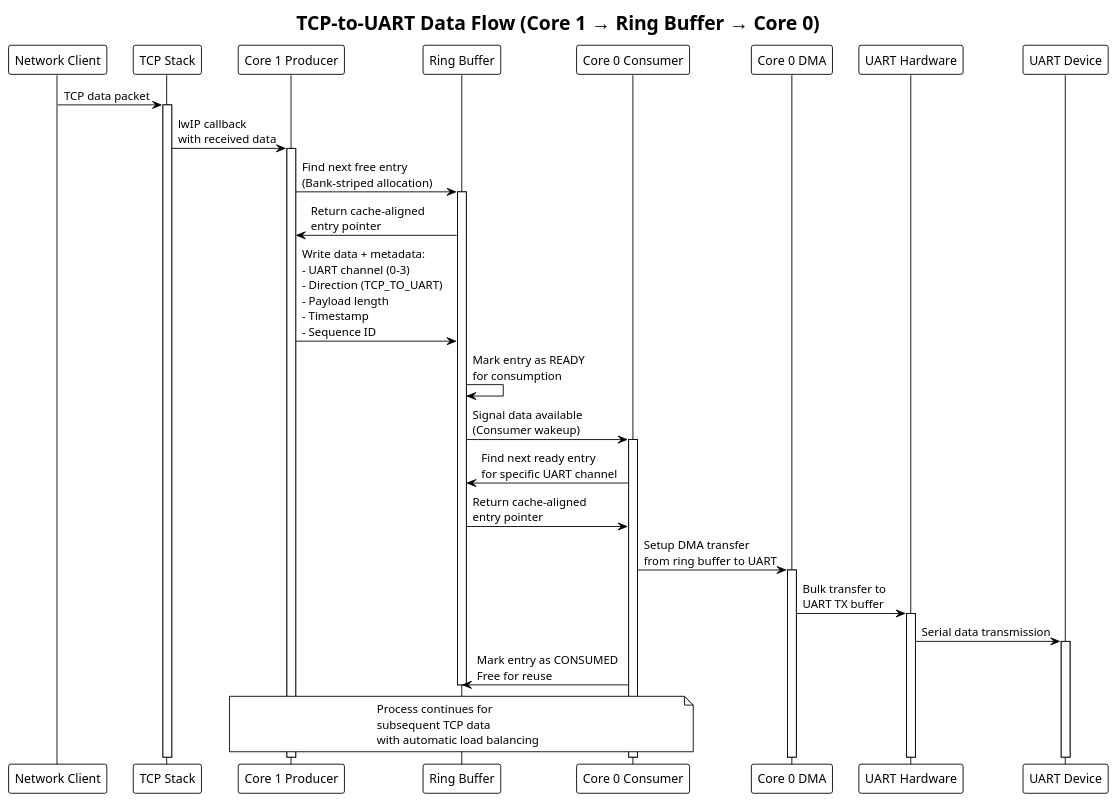
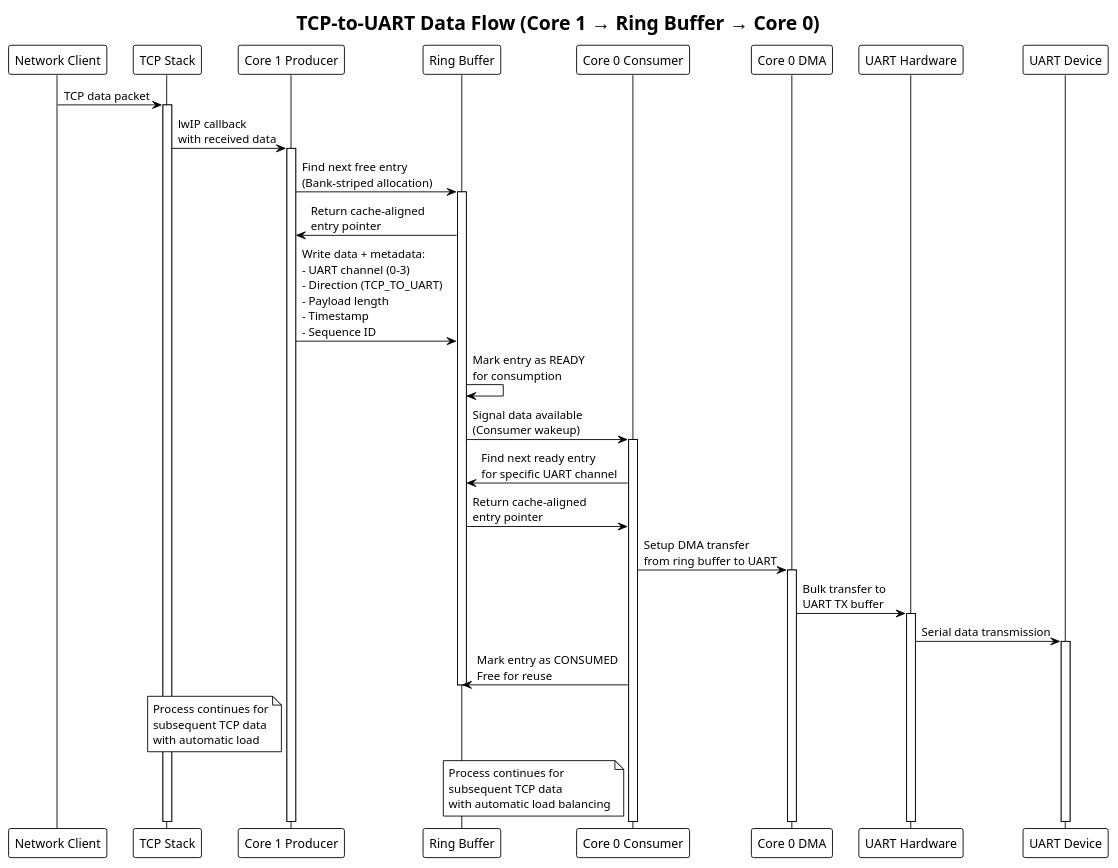
The third of 8 diagrams in docs/arc42/src/06_runtime_view.adoc (haxorsebb/UART2ETH), drawn with PlantUML before and after one commit. The commit also changed other lines of this file and 1 other file, not shown here.

```diff
--- a/docs/arc42/src/06_runtime_view.adoc
+++ b/docs/arc42/src/06_runtime_view.adoc
@@ -214,51 +220,52 @@
 [plantuml, tcp-to-uart-dataflow, svg]
 ----
 @startuml
 !theme plain
 skinparam backgroundColor transparent
 
 title TCP-to-UART Data Flow (Core 1 → Ring Buffer → Core 0)
 
 participant "Network Client" as CLIENT
 participant "TCP Stack" as TCP
 participant "Core 1 Producer" as C1
 participant "Ring Buffer" as RB
 participant "Core 0 Consumer" as C0
 participant "Core 0 DMA" as DMA0
 participant "UART Hardware" as HW
 participant "UART Device" as DEV
 
 CLIENT -> TCP : TCP data packet
 activate TCP
 TCP -> C1 : lwIP callback\nwith received data
 activate C1
 
 C1 -> RB : Find next free entry\n(Bank-striped allocation)
 activate RB
 RB -> C1 : Return cache-aligned\nentry pointer
 
 C1 -> RB : Write data + metadata:\n- UART channel (0-3)\n- Direction (TCP_TO_UART)\n- Payload length\n- Timestamp\n- Sequence ID
 
 RB -> RB : Mark entry as READY\nfor consumption
 
 RB -> C0 : Signal data available\n(Consumer wakeup)
 activate C0
 
 C0 -> RB : Find next ready entry\nfor specific UART channel
 RB -> C0 : Return cache-aligned\nentry pointer
 
 C0 -> DMA0 : Setup DMA transfer\nfrom ring buffer to UART
 activate DMA0
 DMA0 -> HW : Bulk transfer to\nUART TX buffer
 activate HW
 
 HW -> DEV : Serial data transmission
 activate DEV
 
 C0 -> RB : Mark entry as CONSUMED\nFree for reuse
 deactivate RB
 
-note over C1, C0 : Process continues for\nsubsequent TCP data\nwith automatic load balancing
+note left of C1 : Process continues for\nsubsequent TCP data\nwith automatic load 
+note left of C0 : Process continues for\nsubsequent TCP data\nwith automatic load balancing
 
 @enduml
 ----
```
